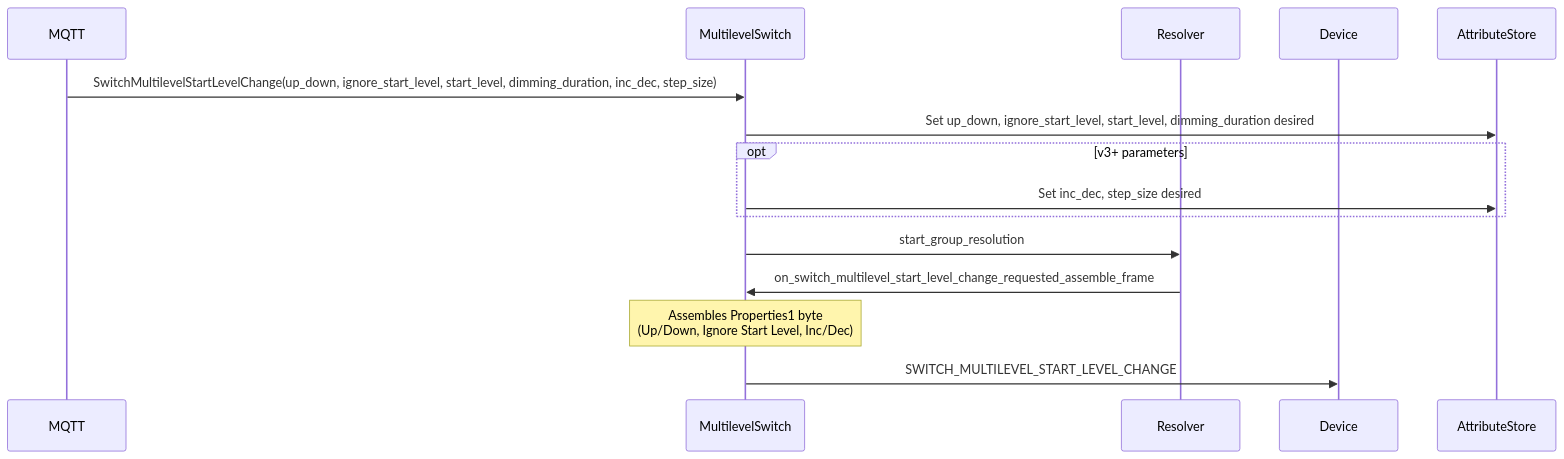
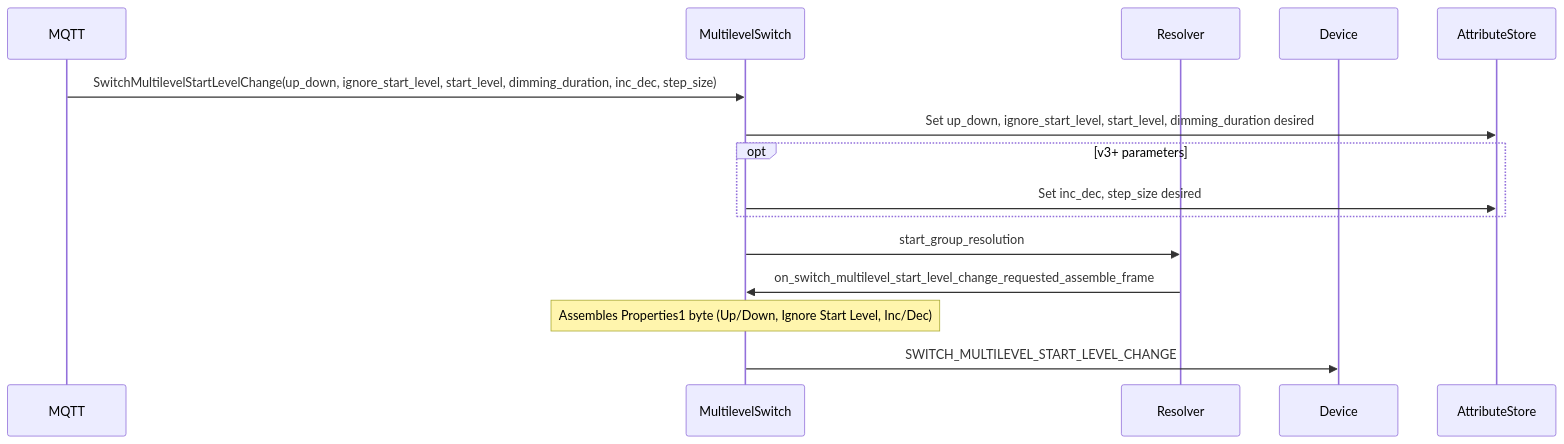
The fourth of 6 diagrams in components/command_classes/command_class_switch_multilevel/doc/command_class_switch_multilevel.md (SiliconLabsSoftware/z-wave-protocol-controller), drawn with Mermaid before and after one commit. The commit also changed other lines of this file and 14 other files, not shown here.

First line of the commit message:
#100: Fix invalid mermaid diagrams and add CI checks (#104)

````diff
--- a/components/command_classes/command_class_switch_multilevel/doc/command_class_switch_multilevel.md
+++ b/components/command_classes/command_class_switch_multilevel/doc/command_class_switch_multilevel.md
@@ -76,18 +76,18 @@
 ```mermaid
 sequenceDiagram
     participant MQTT
     participant MultilevelSwitch
     participant Resolver
     participant Device
     participant AttributeStore
 
     MQTT->>MultilevelSwitch: SwitchMultilevelStartLevelChange(up_down, ignore_start_level, start_level, dimming_duration, inc_dec, step_size)
     MultilevelSwitch->>AttributeStore: Set up_down, ignore_start_level, start_level, dimming_duration desired
     opt v3+ parameters
         MultilevelSwitch->>AttributeStore: Set inc_dec, step_size desired
     end
     MultilevelSwitch->>Resolver: start_group_resolution
     Resolver->>MultilevelSwitch: on_switch_multilevel_start_level_change_requested_assemble_frame
-    Note over MultilevelSwitch: Assembles Properties1 byte<br/>(Up/Down, Ignore Start Level, Inc/Dec)
+    Note over MultilevelSwitch: Assembles Properties1 byte (Up/Down, Ignore Start Level, Inc/Dec)
     MultilevelSwitch->>Device: SWITCH_MULTILEVEL_START_LEVEL_CHANGE
 ```
````
